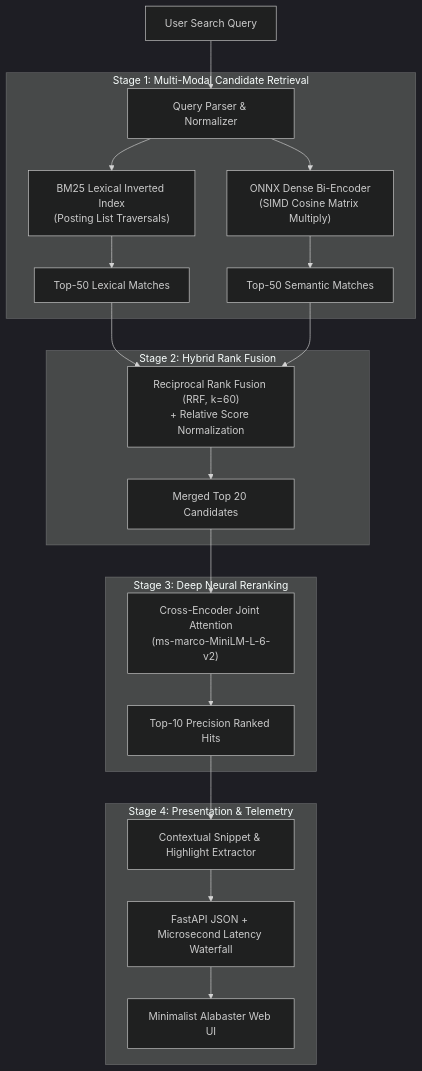
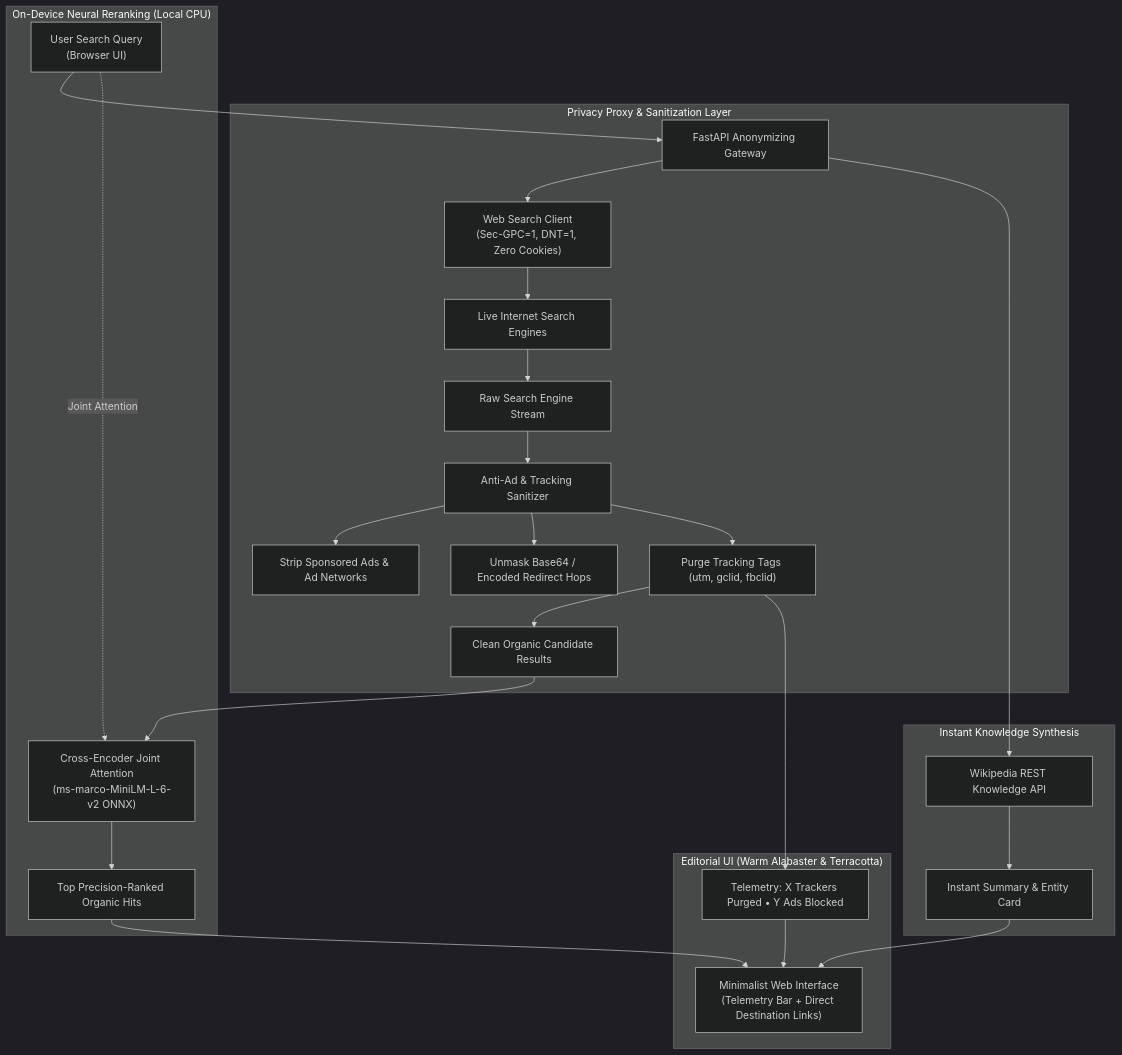
The diagram in README.md (aftab125-del/neural-search-engine), drawn with Mermaid (dark theme) before and after one commit. The commit also changed other lines of this file and 15 other files, not shown here.

Commit message:
feat: transform into private ad-free internet search engine with on-device neural reranking

````diff
--- a/README.md
+++ b/README.md
@@ -16,28 +24,33 @@
 ```mermaid
 flowchart TD
-    UserQuery["User Search Query"] --> QueryEngine["Query Parser & Normalizer"]
+    UserQuery["User Search Query<br/>(Browser UI)"] --> ClientEngine["FastAPI Anonymizing Gateway"]
     
-    subgraph CandidateRetrieval ["Stage 1: Multi-Modal Candidate Retrieval"]
-        QueryEngine --> BM25Branch["BM25 Lexical Inverted Index<br/>(Posting List Traversals)"]
-        QueryEngine --> DenseBranch["ONNX Dense Bi-Encoder<br/>(SIMD Cosine Matrix Multiply)"]
-        BM25Branch --> LexicalTopK["Top-50 Lexical Matches"]
-        DenseBranch --> DenseTopK["Top-50 Semantic Matches"]
+    subgraph PrivacyShield ["Privacy Proxy & Sanitization Layer"]
+        ClientEngine --> WebFetcher["Web Search Client<br/>(Sec-GPC=1, DNT=1, Zero Cookies)"]
+        WebFetcher --> LiveWeb["Live Internet Search Engines"]
+        LiveWeb --> RawHTML["Raw Search Engine Stream"]
+        RawHTML --> AdBlocker["Anti-Ad & Tracking Sanitizer"]
+        AdBlocker --> AdFilter["Strip Sponsored Ads & Ad Networks"]
+        AdBlocker --> RedirectUnmasker["Unmask Base64 / Encoded Redirect Hops"]
+        AdBlocker --> ParamPurge["Purge Tracking Tags (utm, gclid, fbclid)"]
+        ParamPurge --> CleanResults["Clean Organic Candidate Results"]
     end
 
-    subgraph FusionStage ["Stage 2: Hybrid Rank Fusion"]
-        LexicalTopK --> RRF["Reciprocal Rank Fusion (RRF, k=60)<br/>+ Relative Score Normalization"]
-        DenseTopK --> RRF
-        RRF --> MergedTop20["Merged Top 20 Candidates"]
+    subgraph NeuralCascade ["On-Device Neural Reranking (Local CPU)"]
+        CleanResults --> CrossEncoder["Cross-Encoder Joint Attention<br/>(ms-marco-MiniLM-L-6-v2 ONNX)"]
+        UserQuery -. Joint Attention .-> CrossEncoder
+        CrossEncoder --> PrecisionRanked["Top Precision-Ranked Organic Hits"]
     end
 
-    subgraph RerankStage ["Stage 3: Deep Neural Reranking"]
-        MergedTop20 --> CrossEncoder["Cross-Encoder Joint Attention<br/>(ms-marco-MiniLM-L-6-v2)"]
-        CrossEncoder --> FinalRanked["Top-10 Precision Ranked Hits"]
+    subgraph KnowledgeBox ["Instant Knowledge Synthesis"]
+        ClientEngine --> WikiAPI["Wikipedia REST Knowledge API"]
+        WikiAPI --> InstantAnswerCard["Instant Summary & Entity Card"]
     end
 
-    subgraph ServingStage ["Stage 4: Presentation & Telemetry"]
-        FinalRanked --> Highlighter["Contextual Snippet & Highlight Extractor"]
-        Highlighter --> API["FastAPI JSON + Microsecond Latency Waterfall"]
-        API --> WebUI["Minimalist Alabaster Web UI"]
+    subgraph Presentation ["Editorial UI (Warm Alabaster & Terracotta)"]
+        PrecisionRanked --> WebUI["Minimalist Web Interface<br/>(Telemetry Bar + Direct Destination Links)"]
+        InstantAnswerCard --> WebUI
+        ParamPurge --> ShieldTelemetry["Telemetry: X Trackers Purged • Y Ads Blocked"]
+        ShieldTelemetry --> WebUI
     end
 ```
````
